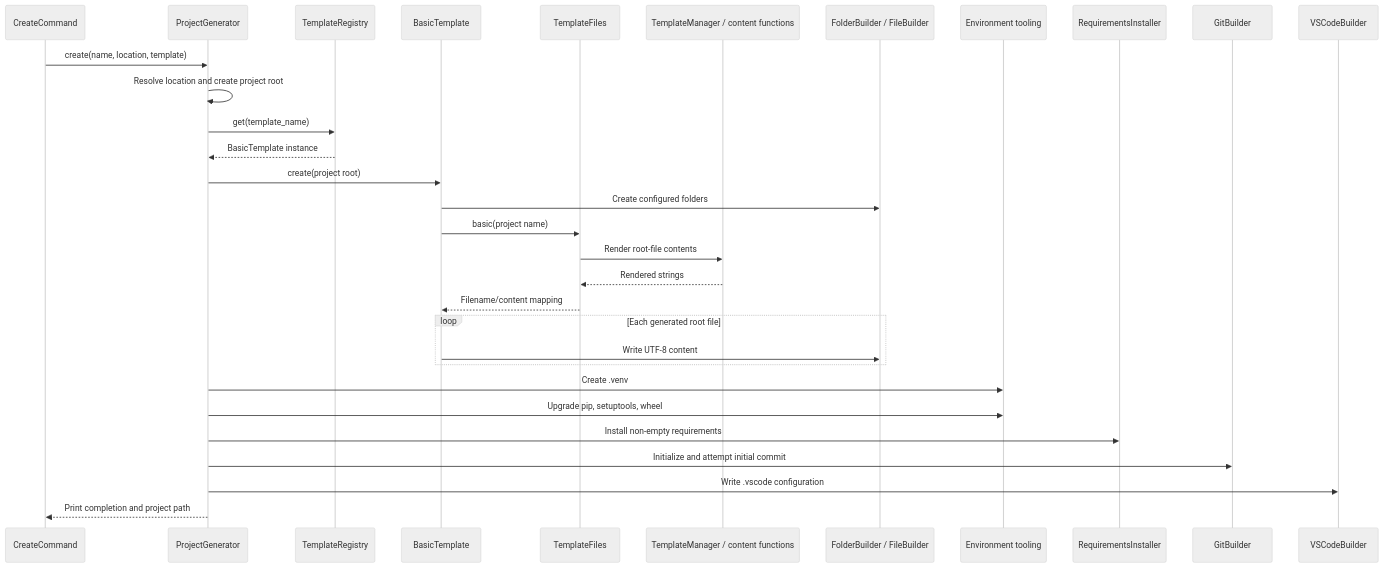
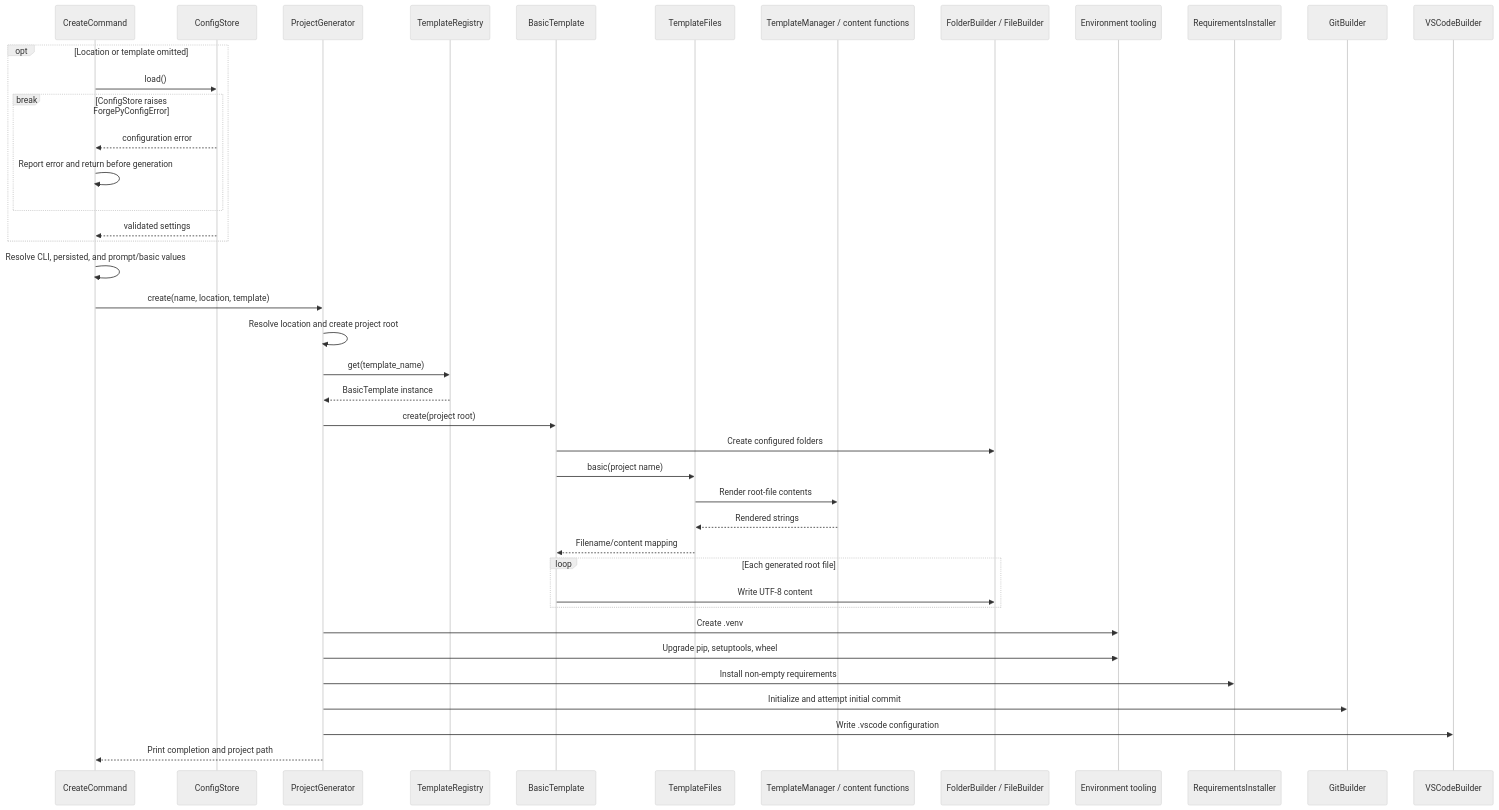
Before and after one commit to rendyzou89/ForgePy: the fourth of 4 diagrams in ARCHITECTURE.md, drawn with Mermaid (neutral theme). The commit also changed other lines of this file and 14 other files, not shown here.

Commit message:
feat(config): add persistent user configuration

````diff
--- a/ARCHITECTURE.md
+++ b/ARCHITECTURE.md
@@ -166,34 +230,44 @@
 ```mermaid
 sequenceDiagram
     participant C as CreateCommand
+    participant UC as ConfigStore
     participant G as ProjectGenerator
     participant TR as TemplateRegistry
     participant BT as BasicTemplate
     participant TF as TemplateFiles
     participant TM as TemplateManager / content functions
     participant B as FolderBuilder / FileBuilder
     participant E as Environment tooling
     participant R as RequirementsInstaller
     participant Git as GitBuilder
     participant V as VSCodeBuilder
 
+    opt Location or template omitted
+        C->>UC: load()
+        break ConfigStore raises ForgePyConfigError
+            UC-->>C: configuration error
+            C->>C: Report error and return before generation
+        end
+        UC-->>C: validated settings
+    end
+    C->>C: Resolve CLI, persisted, and prompt/basic values
     C->>G: create(name, location, template)
     G->>G: Resolve location and create project root
     G->>TR: get(template_name)
     TR-->>G: BasicTemplate instance
     G->>BT: create(project root)
     BT->>B: Create configured folders
     BT->>TF: basic(project name)
     TF->>TM: Render root-file contents
     TM-->>TF: Rendered strings
     TF-->>BT: Filename/content mapping
     loop Each generated root file
         BT->>B: Write UTF-8 content
     end
     G->>E: Create .venv
     G->>E: Upgrade pip, setuptools, wheel
     G->>R: Install non-empty requirements
     G->>Git: Initialize and attempt initial commit
     G->>V: Write .vscode configuration
     G-->>C: Print completion and project path
 ```
````
